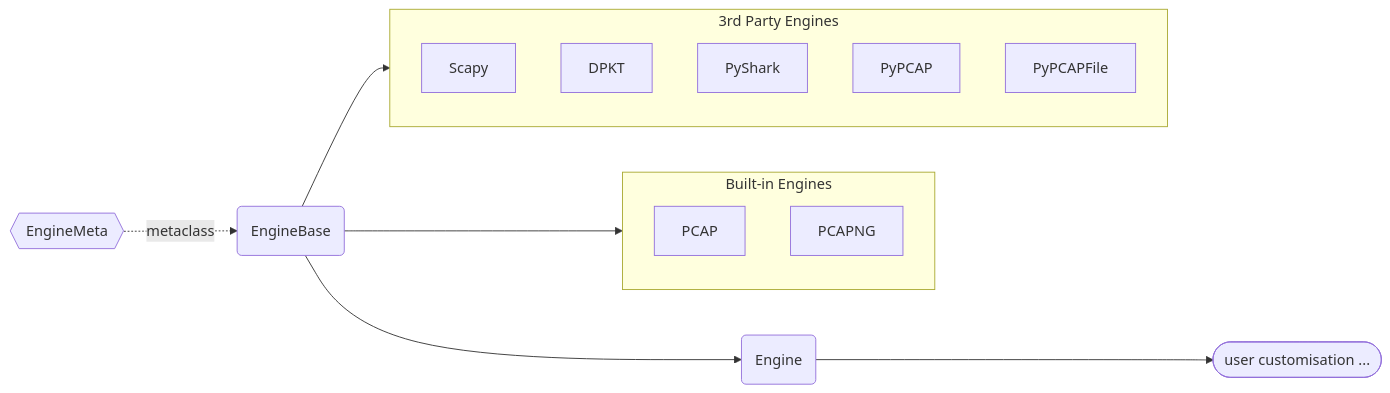
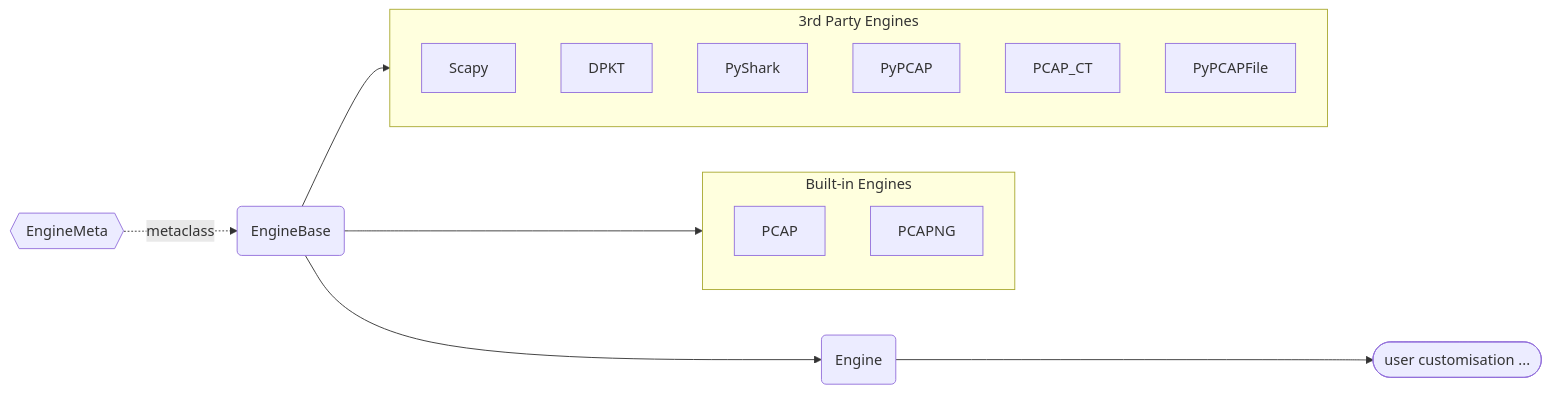
The diagram in docs/source/pcapkit/foundation/engines/index.rst (JarryShaw/PyPCAPKit), drawn with Mermaid before and after one commit. The commit also changed other lines of this file and 22 other files, not shown here.

```diff
--- a/docs/source/pcapkit/foundation/engines/index.rst
+++ b/docs/source/pcapkit/foundation/engines/index.rst
@@ -28,40 +29,42 @@
 .. mermaid::
 
    flowchart LR
        A{{EngineMeta}} -.->|metaclass| B(EngineBase)
 
        subgraph built-in [Built-in Engines]
            %% direction TD
 
            PCAP
            PCAPNG
        end
        B --> built-in
 
        subgraph third-party [3rd Party Engines]
            %% direction TD
 
            Scapy
            DPKT
            PyShark
            PyPCAP
+           PCAP_CT
            PyPCAPFile
        end
        B --> third-party
 
        B --> C(Engine)
        C --> D([user customisation ...])
 
        click A "/pcapkit/foundation/engines/engine.html#pcapkit.foundation.engines.engine.EngineMeta"
        click B "/pcapkit/foundation/engines/engine.html#pcapkit.foundation.engines.engine.EngineBase"
        click C "/pcapkit/foundation/engines/engine.html#pcapkit.foundation.engines.engine.Engine"
        click D "/ext.html#extractor-engines"
 
        click PCAP "/pcapkit/foundation/engines/builtin.html#pcapkit.foundation.engines.pcap.PCAP"
        click PCAPNG "/pcapkit/foundation/engines/builtin.html#pcapkit.foundation.engines.pcapng.PCAPNG"
 
        click Scapy "/pcapkit/foundation/engines/3rdparty.html#pcapkit.foundation.engines.scapy.Scapy"
        click DPKT "/pcapkit/foundation/engines/3rdparty.html#pcapkit.foundation.engines.dpkt.DPKT"
        click PyShark "/pcapkit/foundation/engines/3rdparty.html#pcapkit.foundation.engines.pyshark.PyShark"
        click PyPCAP "/pcapkit/foundation/engines/3rdparty.html#pcapkit.foundation.engines.pypcap.PyPCAP"
+       click PCAP_CT "/pcapkit/foundation/engines/3rdparty.html#pcapkit.foundation.engines.pcap_ct.PCAP_CT"
        click PyPCAPFile "/pcapkit/foundation/engines/3rdparty.html#pcapkit.foundation.engines.pypcapfile.PyPCAPFile"
```
